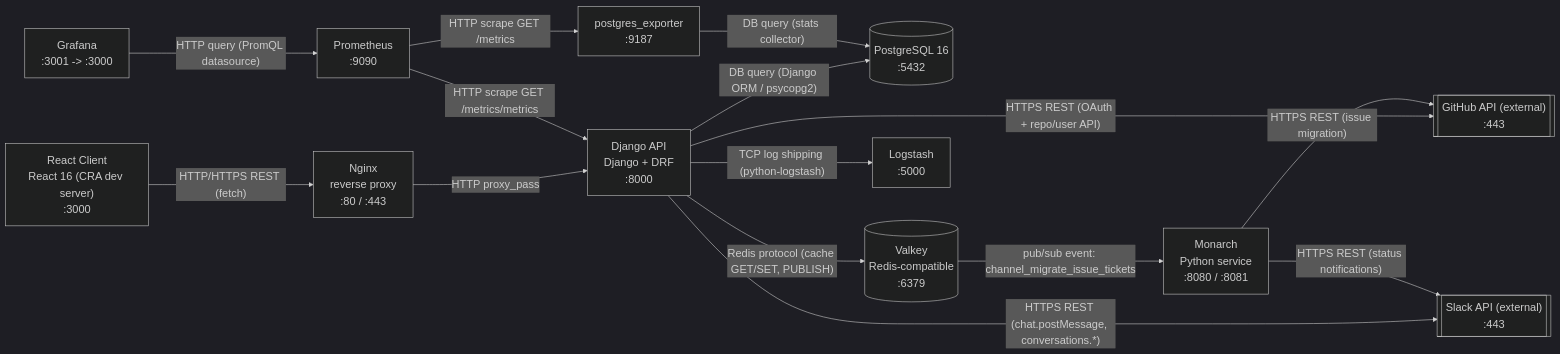
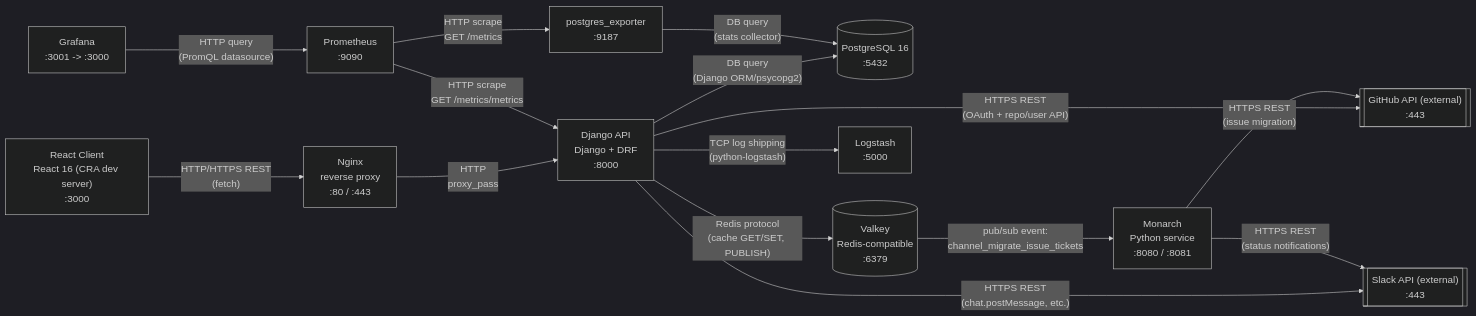
Before and after one commit to KaiSwain/learn-ops-infrastructure: the diagram in system-map-ai.md, drawn with Mermaid.

Commit message:
Add system map AI

````diff
--- a/system-map-ai.md
+++ b/system-map-ai.md
@@ -1,31 +1,31 @@
 ```mermaid
-%%{init: {'theme': 'dark', 'themeVariables': {'fontSize': '20px'}, 'flowchart': {'nodeSpacing': 60, 'rankSpacing': 100}}}%%
+%%{init: {'theme': 'dark', 'themeVariables': {'fontSize': '18px'}, 'flowchart': {'nodeSpacing': 50, 'rankSpacing': 110}}}%%
 graph LR
     Client["React Client<br/>React 16 (CRA dev server)<br/>:3000"]
     Nginx["Nginx<br/>reverse proxy<br/>:80 / :443"]
     API["Django API<br/>Django + DRF<br/>:8000"]
     DB[("PostgreSQL 16<br/>:5432")]
     Valkey[("Valkey<br/>Redis-compatible<br/>:6379")]
     Monarch["Monarch<br/>Python service<br/>:8080 / :8081"]
     Logstash["Logstash<br/>:5000"]
     Prometheus["Prometheus<br/>:9090"]
     PGExporter["postgres_exporter<br/>:9187"]
     Grafana["Grafana<br/>:3001 -> :3000"]
     GitHub[["GitHub API (external)<br/>:443"]]
     Slack[["Slack API (external)<br/>:443"]]
 
-    Client -->|"HTTP/HTTPS REST (fetch)"| Nginx
-    Nginx -->|"HTTP proxy_pass"| API
-    API -->|"DB query (Django ORM / psycopg2)"| DB
-    API -->|"Redis protocol (cache GET/SET, PUBLISH)"| Valkey
-    API -->|"TCP log shipping (python-logstash)"| Logstash
-    API -->|"HTTPS REST (OAuth + repo/user API)"| GitHub
-    API -->|"HTTPS REST (chat.postMessage, conversations.*)"| Slack
-    Valkey -->|"pub/sub event: channel_migrate_issue_tickets"| Monarch
-    Monarch -->|"HTTPS REST (issue migration)"| GitHub
-    Monarch -->|"HTTPS REST (status notifications)"| Slack
-    Prometheus -->|"HTTP scrape GET /metrics/metrics"| API
-    Prometheus -->|"HTTP scrape GET /metrics"| PGExporter
-    PGExporter -->|"DB query (stats collector)"| DB
-    Grafana -->|"HTTP query (PromQL datasource)"| Prometheus
+    Client -->|"HTTP/HTTPS REST<br/>(fetch)"| Nginx
+    Nginx -->|"HTTP<br/>proxy_pass"| API
+    API -->|"DB query<br/>(Django ORM/psycopg2)"| DB
+    API -->|"Redis protocol<br/>(cache GET/SET, PUBLISH)"| Valkey
+    API -->|"TCP log shipping<br/>(python-logstash)"| Logstash
+    API -->|"HTTPS REST<br/>(OAuth + repo/user API)"| GitHub
+    API -->|"HTTPS REST<br/>(chat.postMessage, etc.)"| Slack
+    Valkey -->|"pub/sub event:<br/>channel_migrate_issue_tickets"| Monarch
+    Monarch -->|"HTTPS REST<br/>(issue migration)"| GitHub
+    Monarch -->|"HTTPS REST<br/>(status notifications)"| Slack
+    Prometheus -->|"HTTP scrape<br/>GET /metrics/metrics"| API
+    Prometheus -->|"HTTP scrape<br/>GET /metrics"| PGExporter
+    PGExporter -->|"DB query<br/>(stats collector)"| DB
+    Grafana -->|"HTTP query<br/>(PromQL datasource)"| Prometheus
 ```
````
